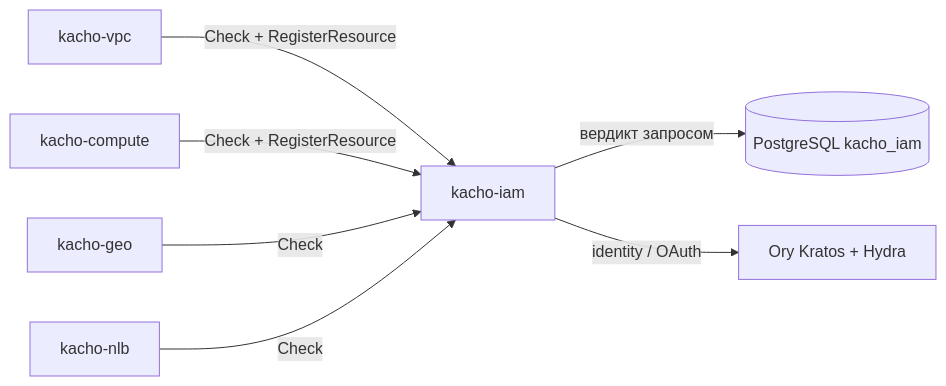
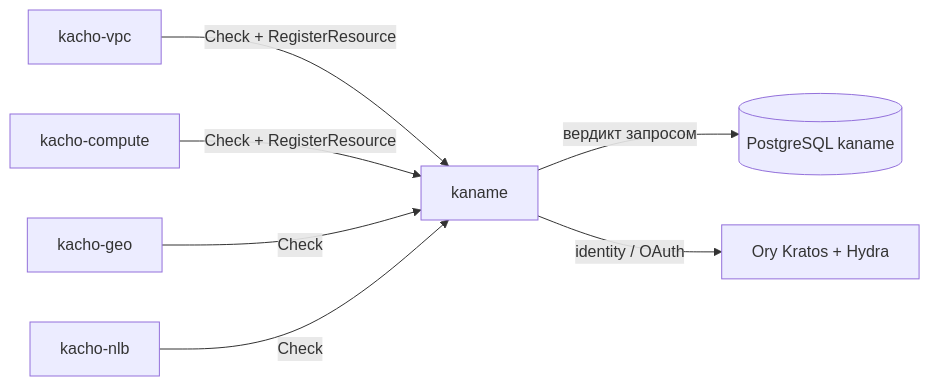
The second of 2 diagrams in services/iam/docs/content/architecture/overview.mdx (PRO-Robotech/kacho), drawn with Mermaid before and after one commit. The commit also changed other lines of this file and 5005 other files, not shown here.

````diff
--- a/services/iam/docs/content/architecture/overview.mdx
+++ b/services/iam/docs/content/architecture/overview.mdx
@@ -110,9 +110,9 @@
 ```mermaid
 flowchart LR
-  vpc["kacho-vpc"] -->|"Check + RegisterResource"| iam["kacho-iam"]
+  vpc["kacho-vpc"] -->|"Check + RegisterResource"| iam["kaname"]
   cmp["kacho-compute"] -->|"Check + RegisterResource"| iam
   geo["kacho-geo"] -->|"Check"| iam
   nlb["kacho-nlb"] -->|"Check"| iam
-  iam -->|"вердикт запросом"| pg[("PostgreSQL kacho_iam")]
+  iam -->|"вердикт запросом"| pg[("PostgreSQL kaname")]
   iam -->|"identity / OAuth"| ory["Ory Kratos + Hydra"]
 ```
````
